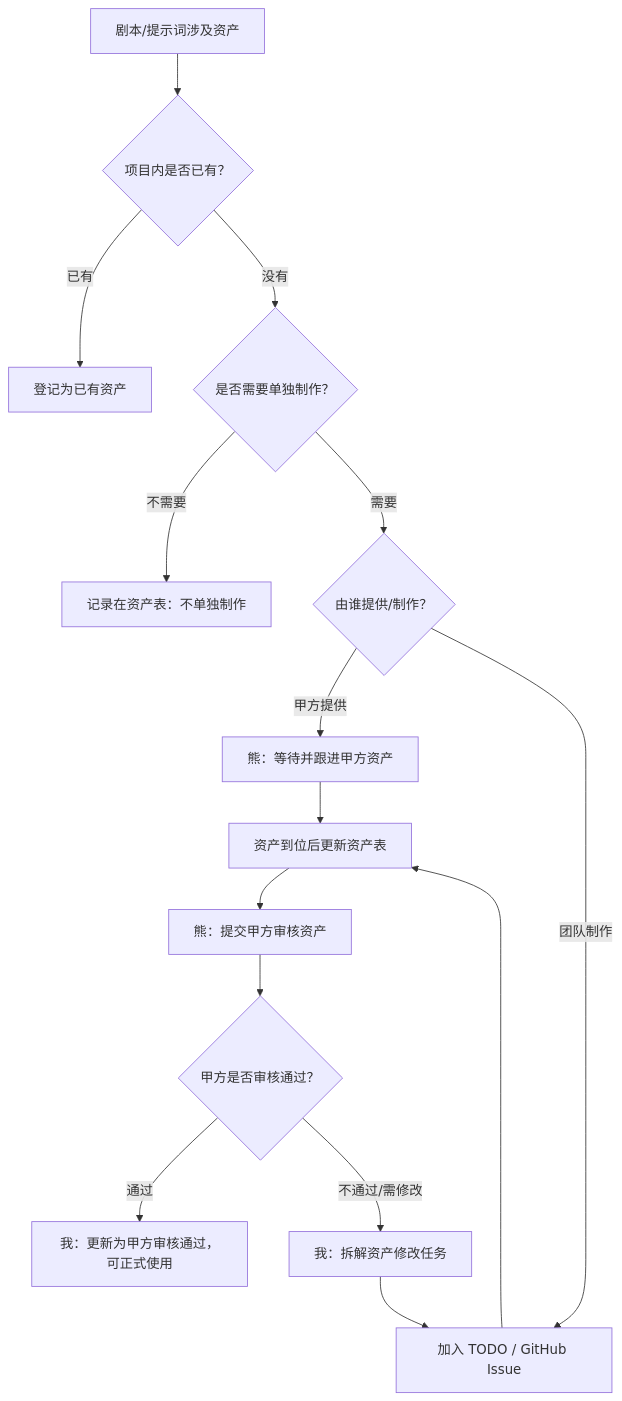
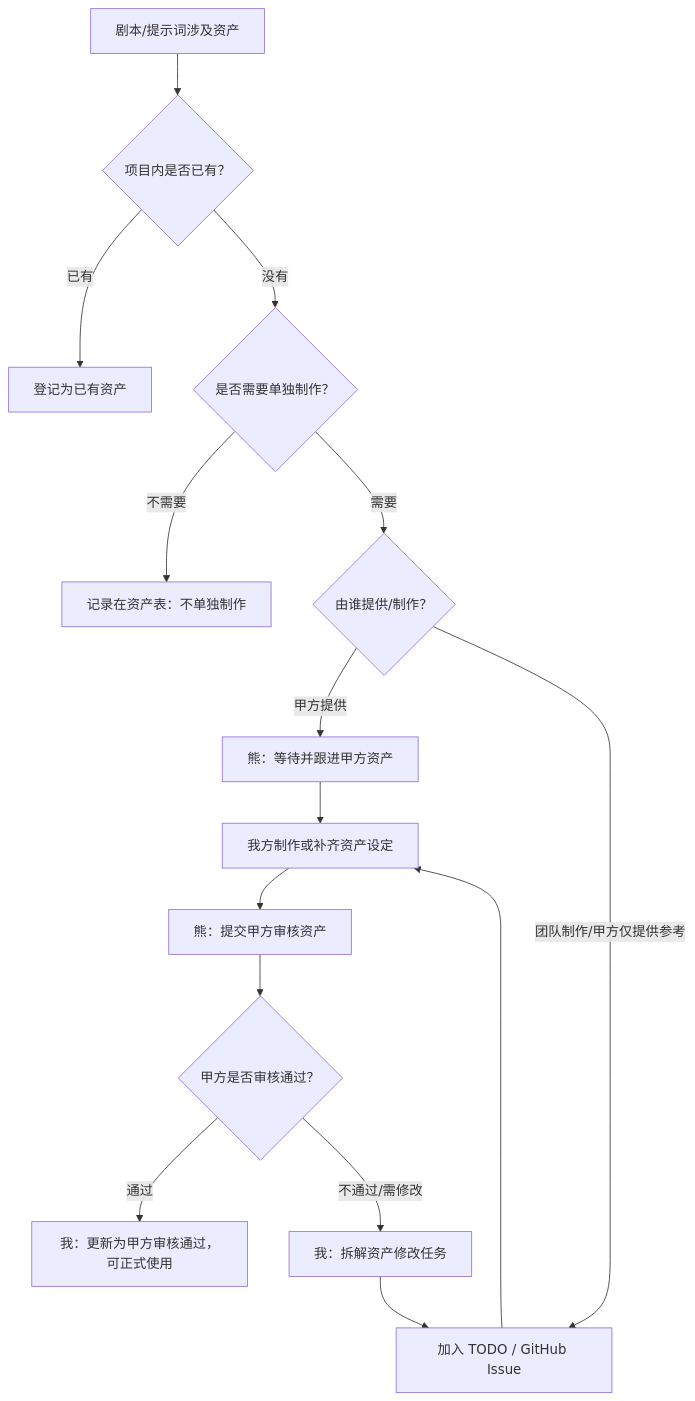
One commit to Patrick-MY/YeLoli_Epsidoe changed the third of 3 diagrams in 工作流程图.md. Above: the diagram before and after it, drawn with Mermaid. The commit also changed 9 other files, not shown here.

````diff
--- a/工作流程图.md
+++ b/工作流程图.md
@@ -40,17 +40,17 @@
 ```mermaid
 flowchart TD
     A["剧本/提示词涉及资产"] --> B{"项目内是否已有？"}
     B -- "已有" --> C["登记为已有资产"]
     B -- "没有" --> D{"是否需要单独制作？"}
     D -- "不需要" --> E["记录在资产表：不单独制作"]
     D -- "需要" --> F{"由谁提供/制作？"}
     F -- "甲方提供" --> G["熊：等待并跟进甲方资产"]
-    F -- "团队制作" --> H["加入 TODO / GitHub Issue"]
+    F -- "团队制作/甲方仅提供参考" --> H["加入 TODO / GitHub Issue"]
     G --> I["资产到位后更新资产表"]
-    H --> I
+    H --> I["我方制作或补齐资产设定"]
     I --> J["熊：提交甲方审核资产"]
     J --> K{"甲方是否审核通过？"}
     K -- "通过" --> L["我：更新为甲方审核通过，可正式使用"]
     K -- "不通过/需修改" --> M["我：拆解资产修改任务"]
     M --> H
 ```
````
